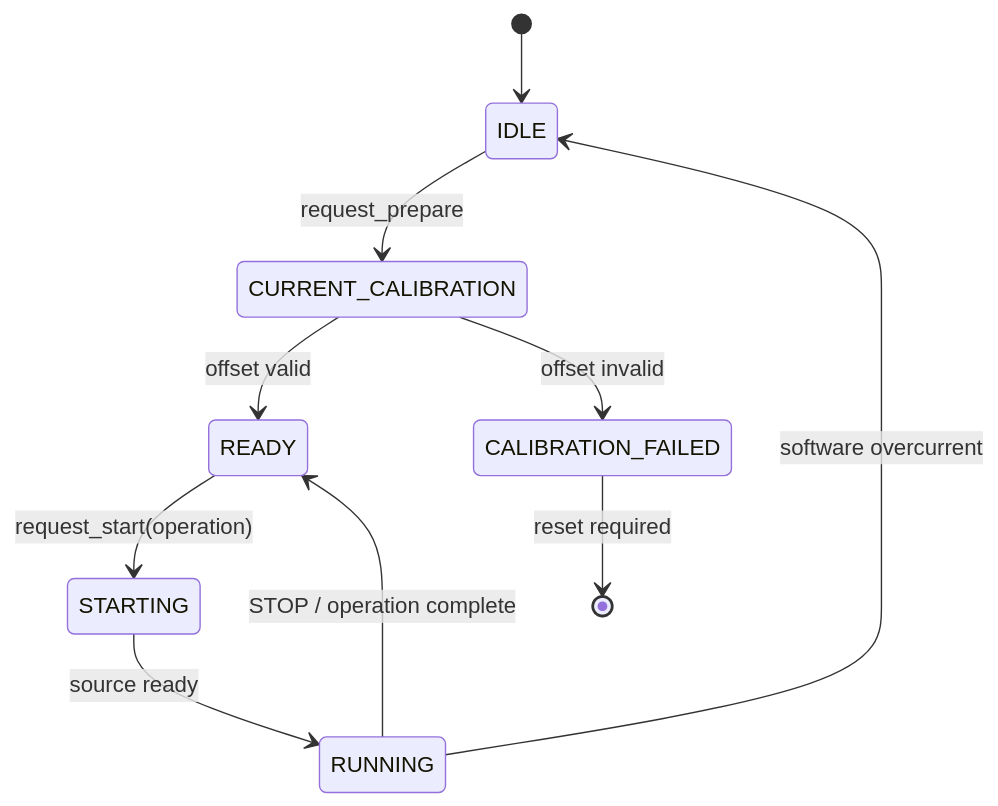
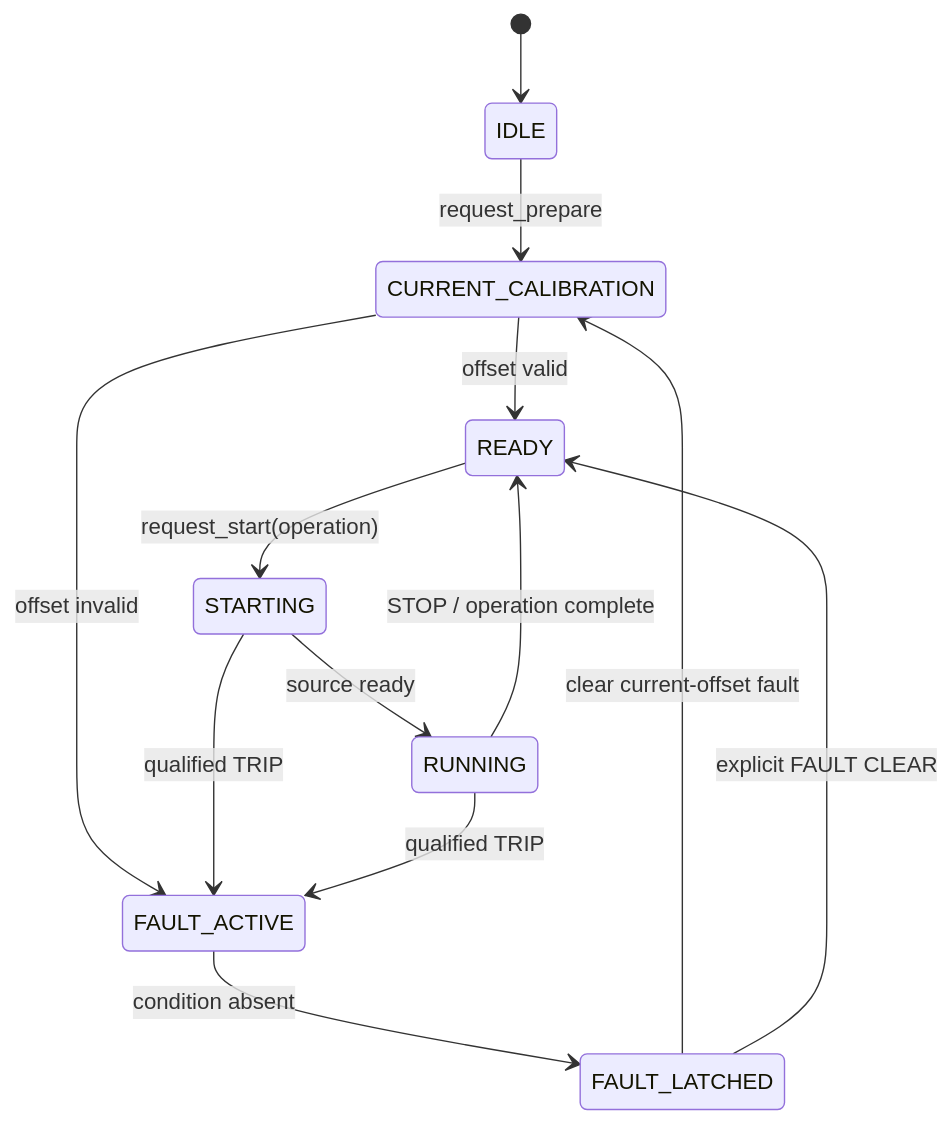
One commit to TodayRainy/STM32H743-FOC-Control-Lab changed the second of 2 diagrams in docs/ARCHITECTURE.md. Above: the diagram before and after it, drawn with Mermaid. The commit also changed other lines of this file and 113 other files, not shown here.

```diff
--- a/docs/ARCHITECTURE.md
+++ b/docs/ARCHITECTURE.md
@@ -131,12 +133,15 @@
 ~~~mermaid
 stateDiagram-v2
     [*] --> IDLE
     IDLE --> CURRENT_CALIBRATION: request_prepare
     CURRENT_CALIBRATION --> READY: offset valid
-    CURRENT_CALIBRATION --> CALIBRATION_FAILED: offset invalid
+    CURRENT_CALIBRATION --> FAULT_ACTIVE: offset invalid
     READY --> STARTING: request_start(operation)
     STARTING --> RUNNING: source ready
     RUNNING --> READY: STOP / operation complete
-    RUNNING --> IDLE: software overcurrent
-    CALIBRATION_FAILED --> [*]: reset required
+    STARTING --> FAULT_ACTIVE: qualified TRIP
+    RUNNING --> FAULT_ACTIVE: qualified TRIP
+    FAULT_ACTIVE --> FAULT_LATCHED: condition absent
+    FAULT_LATCHED --> CURRENT_CALIBRATION: clear current-offset fault
+    FAULT_LATCHED --> READY: explicit FAULT CLEAR
 ~~~
```
